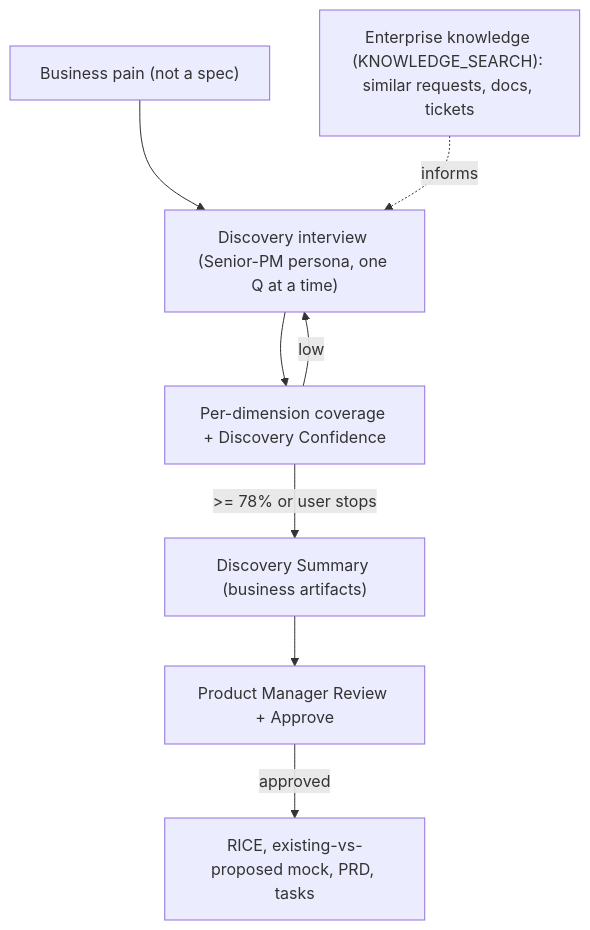
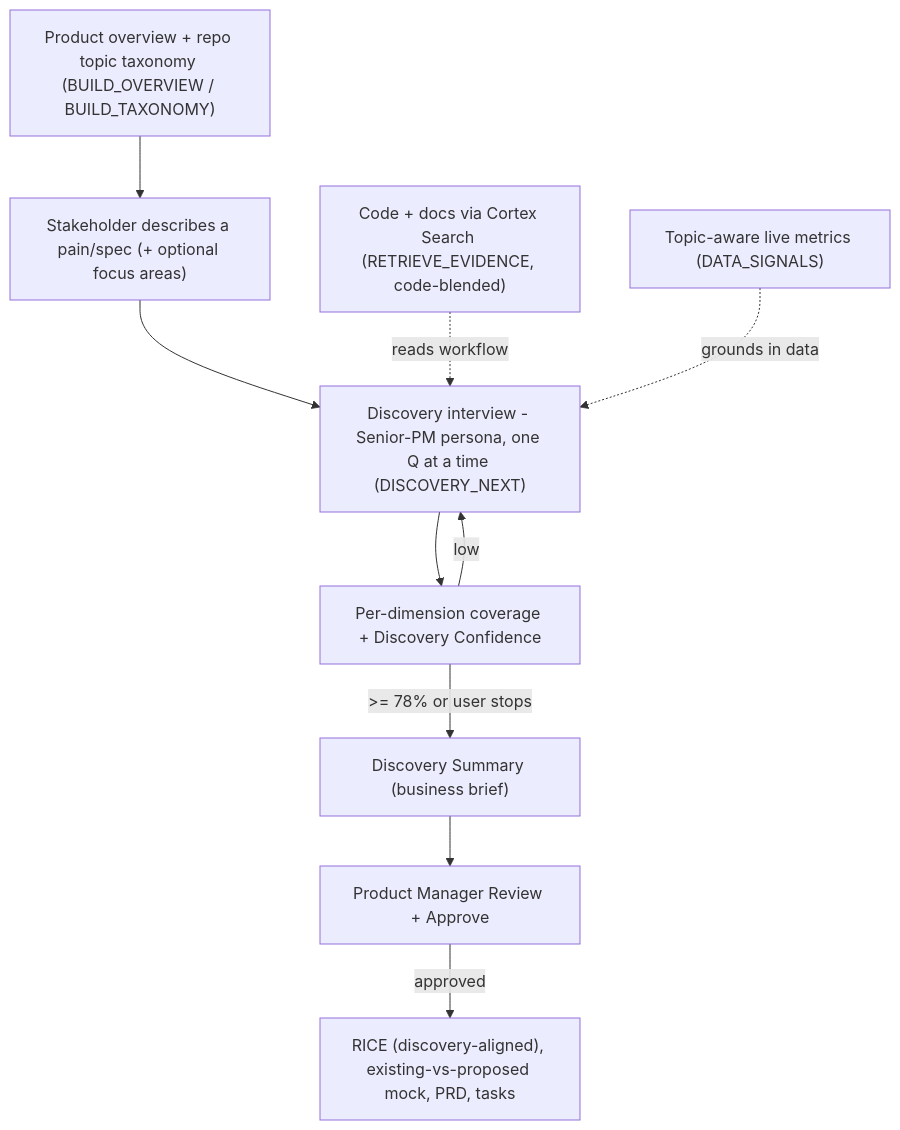
Before and after one commit to junaediwidjojo/ai-product-discovery-agent: the diagram in README.md, drawn with Mermaid. The commit also changed other lines of this file and 5 other files, not shown here.

First line of the commit message:
Nomy Explores: code+data-grounded discovery, Streamlit 1.49, versioned backend DDL

````diff
--- a/README.md
+++ b/README.md
@@ -21,10 +19,12 @@
 ```mermaid
 flowchart TD
-  Idea["Business pain (not a spec)"] --> Interview["Discovery interview (Senior-PM persona, one Q at a time)"]
-  KB["Enterprise knowledge (KNOWLEDGE_SEARCH): similar requests, docs, tickets"] -.informs.-> Interview
+  Overview["Product overview + repo topic taxonomy (BUILD_OVERVIEW / BUILD_TAXONOMY)"] --> Idea["Stakeholder describes a pain/spec (+ optional focus areas)"]
+  Idea --> Interview["Discovery interview - Senior-PM persona, one Q at a time (DISCOVERY_NEXT)"]
+  Code["Code + docs via Cortex Search (RETRIEVE_EVIDENCE, code-blended)"] -.reads workflow.-> Interview
+  Data["Topic-aware live metrics (DATA_SIGNALS)"] -.grounds in data.-> Interview
   Interview --> Conf["Per-dimension coverage + Discovery Confidence"]
   Conf -->|low| Interview
-  Conf -->|>= 78% or user stops| Summary["Discovery Summary (business artifacts)"]
+  Conf -->|>= 78% or user stops| Summary["Discovery Summary (business brief)"]
   Summary --> PM["Product Manager Review + Approve"]
-  PM -->|approved| Artifacts["RICE, existing-vs-proposed mock, PRD, tasks"]
+  PM -->|approved| Artifacts["RICE (discovery-aligned), existing-vs-proposed mock, PRD, tasks"]
 ```
````
